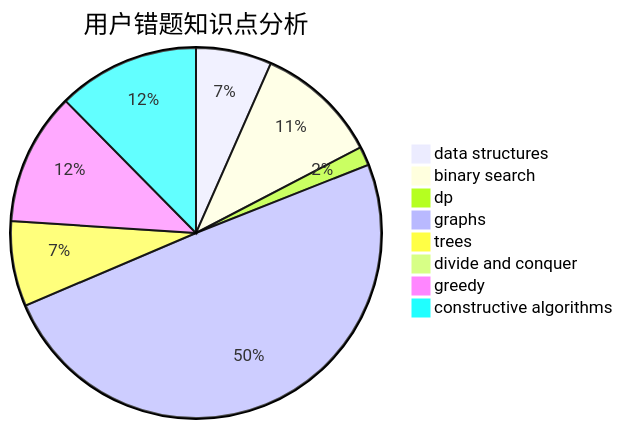
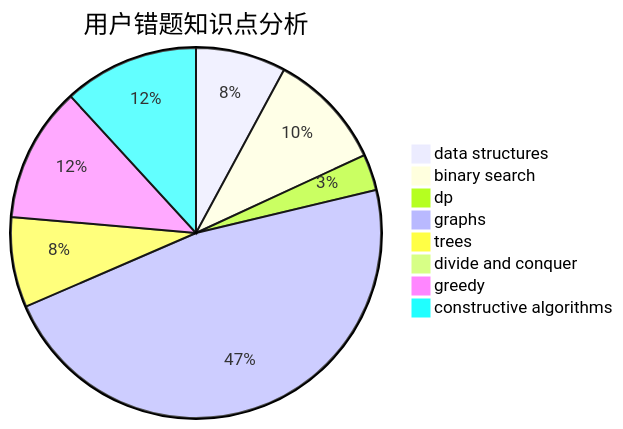
One commit to sherpahu/cfrs.github.io changed the third of 3 diagrams in docs/user/u964.md. Above: the diagram before and after it, drawn with Mermaid. The commit also changed other lines of this file and 2770 other files, not shown here.

````diff
--- a/docs/user/u964.md
+++ b/docs/user/u964.md
@@ -36,11 +36,11 @@
 ```mermaid
 pie title 用户错题知识点分析
-    "data structures" :  8
+    "data structures" :  10
     "binary search" :  13
-    "dp" :  2
+    "dp" :  4
     "graphs" :  60
-    "trees" :  9
+    "trees" :  10
     "divide and conquer" :  0
-    "greedy" :  14
+    "greedy" :  15
     "constructive algorithms" :  15
 ```
````
